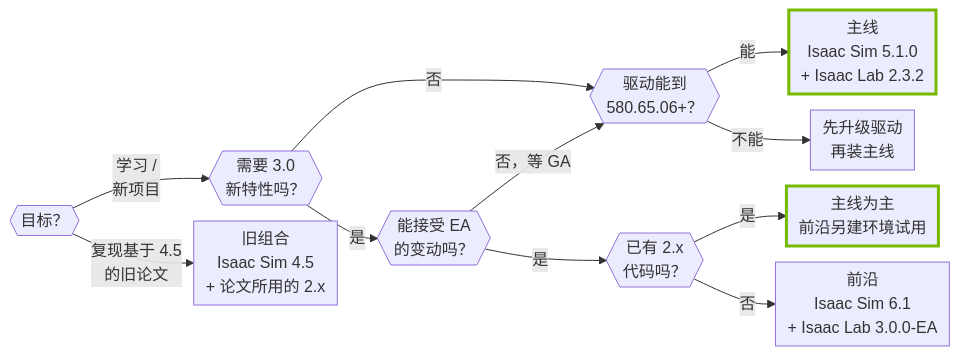
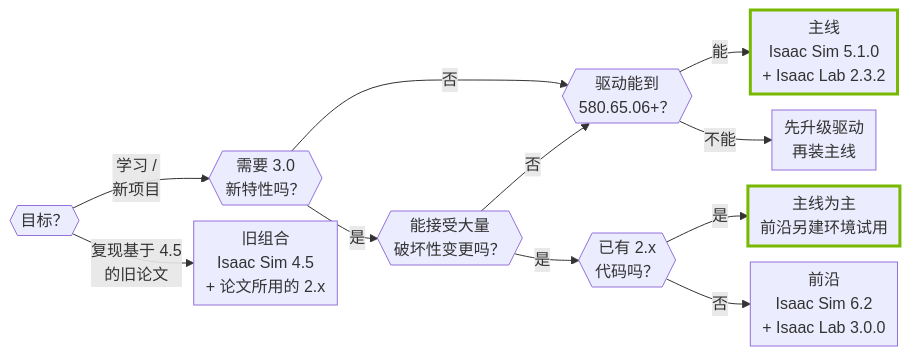
Before and after one commit to ueasycallme/academy: the diagram in docs/1-env/1.2-version-decision.md, drawn with Mermaid. The commit also changed other lines of this file and 9 other files, not shown here.

Commit message:
T-GA-01: 1.5 升级到 Isaac Lab v3.0.0 正式版 + Isaac Sim 6.2：三条安装路线实测通过（驱动 580.178.04 无警告）；三个任务默认物理后端均为 Newton；--headless 在 isaaclab train 中仍返回 2；1.1 / 1.2 的 3.0 部分改为正式版，主线暂不变

````diff
--- a/docs/1-env/1.2-version-decision.md
+++ b/docs/1-env/1.2-version-decision.md
@@ -39,28 +39,28 @@
 ```{mermaid}
 %%{init: {"flowchart": {"rankSpacing": 24, "nodeSpacing": 16, "padding": 6}}}%%
 flowchart LR
     Q1{{"目标？"}}
     Q2{{"需要 3.0<br/>新特性吗？"}}
-    Q3{{"能接受 EA<br/>的变动吗？"}}
+    Q3{{"能接受大量<br/>破坏性变更吗？"}}
     Q4{{"已有 2.x<br/>代码吗？"}}
     Q5{{"驱动能到<br/>580.65.06+？"}}
     A["主线<br/>Isaac Sim 5.1.0<br/>+ Isaac Lab 2.3.2"]
-    B["前沿<br/>Isaac Sim 6.1<br/>+ Isaac Lab 3.0.0-EA"]
+    B["前沿<br/>Isaac Sim 6.2<br/>+ Isaac Lab 3.0.0"]
     AB["主线为主<br/>前沿另建环境试用"]
     C["旧组合<br/>Isaac Sim 4.5<br/>+ 论文所用的 2.x"]
     UP["先升级驱动<br/>再装主线"]
 
     Q1 -- "复现基于 4.5<br/>的旧论文" --> C
     Q1 -- "学习 /<br/>新项目" --> Q2
     Q2 -- "否" --> Q5
     Q2 -- "是" --> Q3
-    Q3 -- "否，等 GA" --> Q5
+    Q3 -- "否" --> Q5
     Q3 -- "是" --> Q4
     Q4 -- "是" --> AB
     Q4 -- "否" --> B
     Q5 -- "能" --> A
     Q5 -- "不能" --> UP
 
     classDef main stroke:#76b900,stroke-width:3px
     class A,AB main
 ```
````
